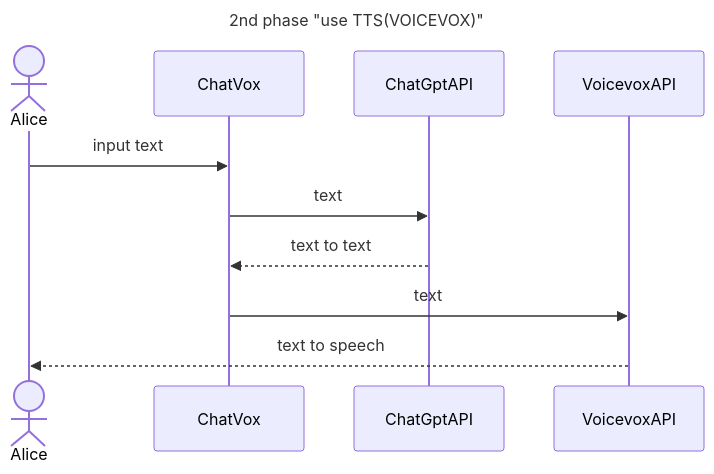
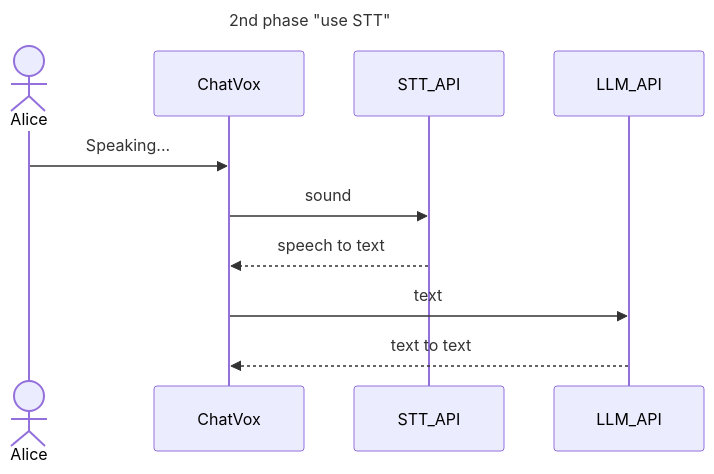
One commit to ted-sharp/chatvox changed the second of 3 diagrams in doc/milestone.md. Above: the diagram before and after it, drawn with Mermaid. The commit also changed other lines of this file, not shown here.

````diff
--- a/doc/milestone.md
+++ b/doc/milestone.md
@@ -27,15 +26,15 @@
 ```mermaid
 sequenceDiagram
-    title: 2nd phase "use TTS(VOICEVOX)"
+    title: 2nd phase "use STT"
 
     actor Alice
     participant ChatVox
-    participant ChatGptAPI
-    participant VoicevoxAPI
+    participant STT_API
+    participant LLM_API
 
-    Alice->>ChatVox: input text
-    ChatVox->>ChatGptAPI: text
-    ChatGptAPI-->>ChatVox: text to text
-    ChatVox->>VoicevoxAPI: text
-    VoicevoxAPI-->>Alice: text to speech
+    Alice->>ChatVox: Speaking...
+    ChatVox->>STT_API: sound
+    STT_API-->>ChatVox: speech to text
+    ChatVox->>LLM_API: text
+    LLM_API-->>ChatVox: text to text
 ```
````
